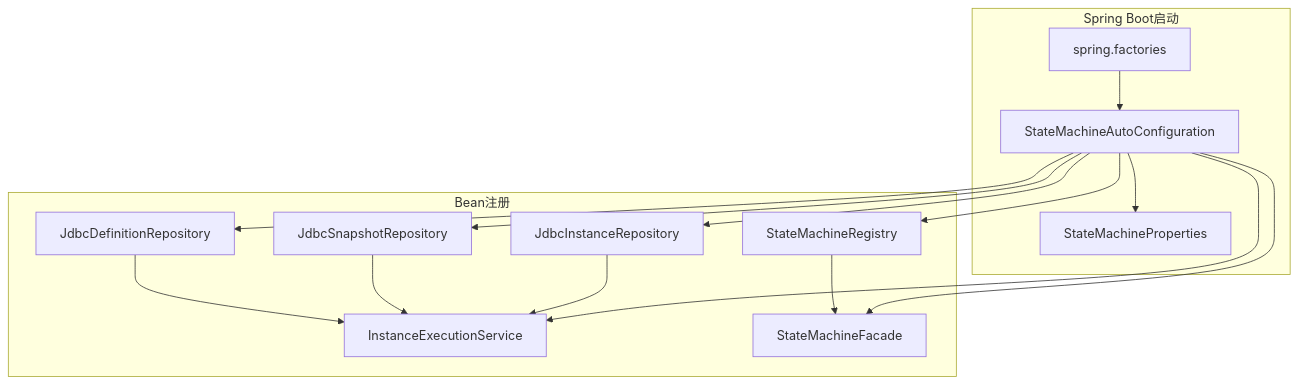
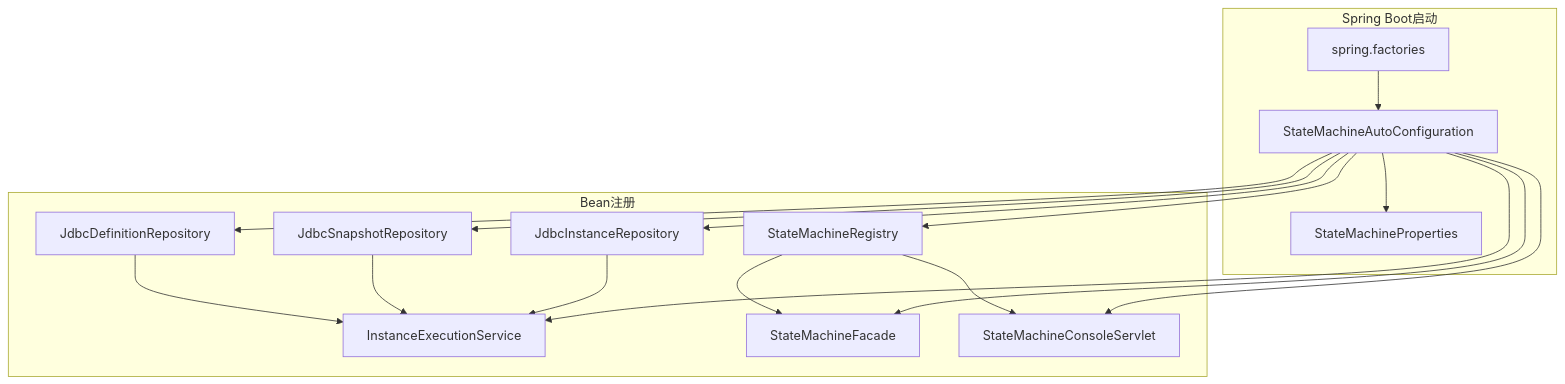
One commit to xiaoche80s-tech/state-machine-parent changed the seventh of 7 diagrams in .qoder/repowiki/zh/content/执行引擎/状态机门面接口.md. Above: the diagram before and after it, drawn with Mermaid. The commit also changed other lines of this file and 7 other files, not shown here.

````diff
--- a/.qoder/repowiki/zh/content/执行引擎/状态机门面接口.md
+++ b/.qoder/repowiki/zh/content/执行引擎/状态机门面接口.md
@@ -335,28 +390,31 @@
 ```mermaid
 graph TB
 subgraph "Spring Boot启动"
 AutoConfig[StateMachineAutoConfiguration]
 Properties[StateMachineProperties]
 Factory[spring.factories]
 end
 subgraph "Bean注册"
 Repo1[JdbcInstanceRepository]
 Repo2[JdbcSnapshotRepository]
 Repo3[JdbcDefinitionRepository]
 Registry[StateMachineRegistry]
 ExecService[InstanceExecutionService]
 Facade[StateMachineFacade]
+Console[StateMachineConsoleServlet]
 end
 Factory --> AutoConfig
 AutoConfig --> Properties
 AutoConfig --> Repo1
 AutoConfig --> Repo2
 AutoConfig --> Repo3
 AutoConfig --> Registry
 AutoConfig --> ExecService
 AutoConfig --> Facade
+AutoConfig --> Console
 Repo1 --> ExecService
 Repo2 --> ExecService
 Repo3 --> ExecService
 Registry --> Facade
+Registry --> Console
 ```
````
